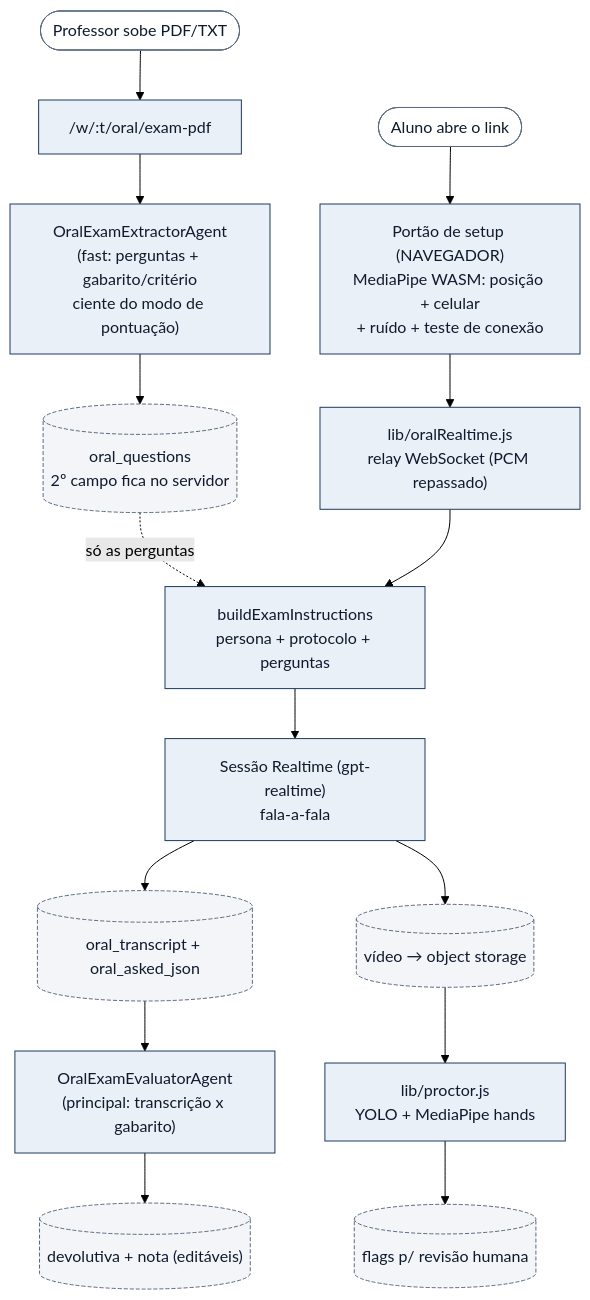
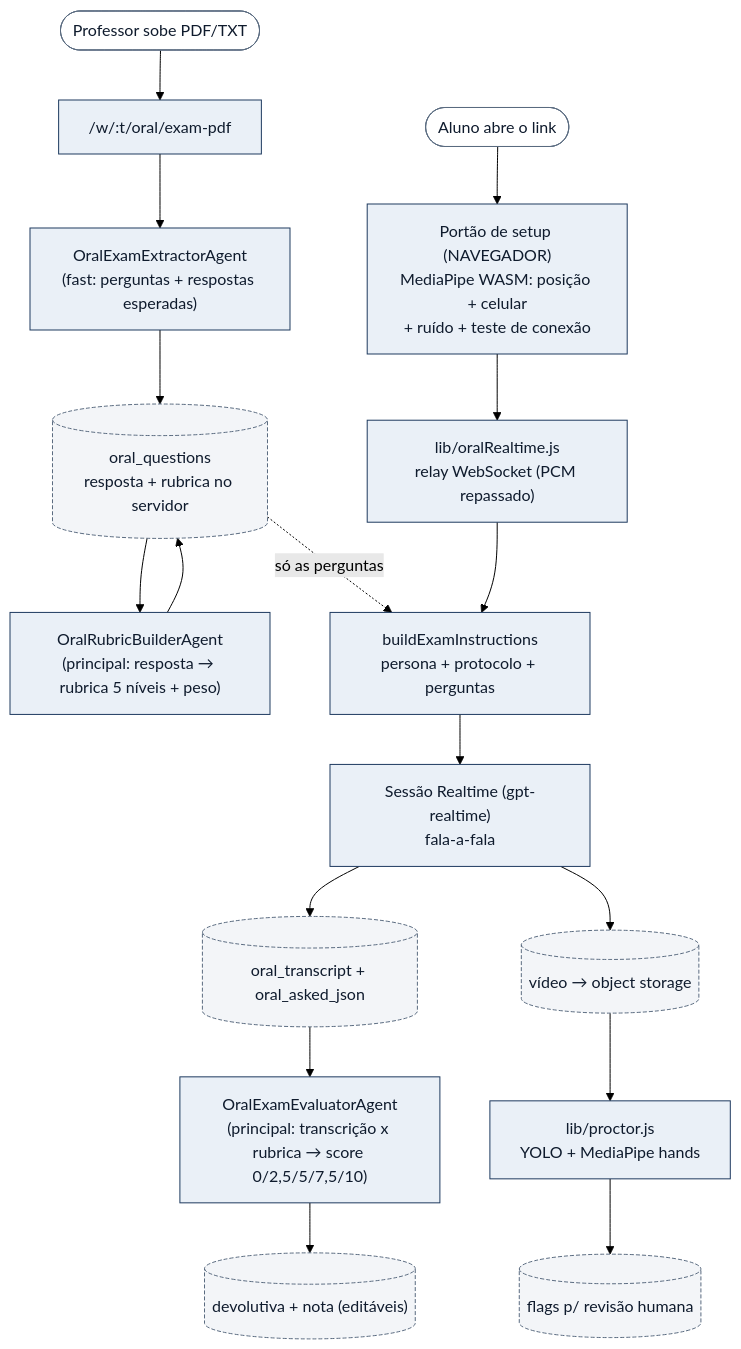
The fourth of 4 diagrams in docs/architecture.md (gladsjr/super-ta), drawn with Mermaid (forest theme) before and after one commit. The commit also changed other lines of this file and 9 other files, not shown here.

````diff
--- a/docs/architecture.md
+++ b/docs/architecture.md
@@ -268,37 +269,40 @@
 ```mermaid
 flowchart TD
-  %% PROFESSOR: sobe a prova → extrai perguntas + 2º campo (ciente do modo).
+  %% PROFESSOR: sobe a prova → extrai perguntas + respostas → gera rubricas.
   ExamUp([Professor sobe PDF/TXT]) --> ExamPdf["/w/:t/oral/exam-pdf"]
-  ExamPdf --> Extractor["OralExamExtractorAgent<br/>(fast: perguntas + gabarito/critério<br/>ciente do modo de pontuação)"]
-  Extractor --> Questions[("oral_questions<br/>2º campo fica no servidor")]
+  ExamPdf --> Extractor["OralExamExtractorAgent<br/>(fast: perguntas + respostas esperadas)"]
+  Extractor --> Questions[("oral_questions<br/>resposta + rubrica no servidor")]
+  Questions --> RubricGen["OralRubricBuilderAgent<br/>(principal: resposta → rubrica 5 níveis + peso)"]
+  RubricGen --> Questions
 
   %% ALUNO: consentimento → portão no NAVEGADOR → relay Realtime.
   StuStart([Aluno abre o link]) --> Setup["Portão de setup (NAVEGADOR)<br/>MediaPipe WASM: posição + celular<br/>+ ruído + teste de conexão"]
   Setup --> Relay["lib/oralRealtime.js<br/>relay WebSocket (PCM repassado)"]
   Questions -.->|"só as perguntas"| BuildInstr
   Relay --> BuildInstr["buildExamInstructions<br/>persona + protocolo + perguntas"]
   BuildInstr --> RT["Sessão Realtime (gpt-realtime)<br/>fala-a-fala"]
   RT --> Transcript[("oral_transcript + oral_asked_json")]
   RT --> Video[("vídeo → object storage")]
 
   %% PÓS-PROVA: avaliação + proctoring (lote, com streaming NDJSON).
-  Transcript --> Evaluator["OralExamEvaluatorAgent<br/>(principal: transcrição x gabarito)"]
+  Transcript --> Evaluator["OralExamEvaluatorAgent<br/>(principal: transcrição x rubrica → score 0/2,5/5/7,5/10)"]
   Evaluator --> Devol[("devolutiva + nota (editáveis)")]
   Video --> Proctor["lib/proctor.js<br/>YOLO + MediaPipe hands"]
   Proctor --> Flags[("flags p/ revisão humana")]
 
   classDef agent fill:#eaf0f7,stroke:#1e3a5f,color:#0f1b2d;
   classDef state fill:#f3f5f8,stroke:#5a6b80,color:#0f1b2d,stroke-dasharray: 4 2;
   classDef entry fill:#ffffff,stroke:#5a6b80,color:#0f1b2d;
-  class ExamPdf,Extractor,Setup,Relay,BuildInstr,RT,Evaluator,Proctor agent
+  class ExamPdf,Extractor,RubricGen,Setup,Relay,BuildInstr,RT,Evaluator,Proctor agent
   class Questions,Transcript,Video,Devol,Flags state
   class ExamUp,StuStart entry
 
   click ExamPdf "vscode://file/c:/Users/glads/src/super-ta/routes/oralExam.js" "Handler /oral/exam-pdf (PDF ou TXT)"
-  click Extractor "vscode://file/c:/Users/glads/src/super-ta/agents/OralExamExtractorAgent.js:36" "sysFor(mode) do OralExamExtractorAgent"
+  click Extractor "vscode://file/c:/Users/glads/src/super-ta/agents/OralExamExtractorAgent.js" "SYS do OralExamExtractorAgent"
+  click RubricGen "vscode://file/c:/Users/glads/src/super-ta/agents/OralRubricBuilderAgent.js" "systemPromptBody do OralRubricBuilderAgent"
   click Relay "vscode://file/c:/Users/glads/src/super-ta/lib/oralRealtime.js" "attachOralRelay (relay WebSocket)"
   click BuildInstr "vscode://file/c:/Users/glads/src/super-ta/lib/oralRealtime.js" "buildExamInstructions"
   click RT "vscode://file/c:/Users/glads/src/super-ta/lib/oralRealtime.js" "Sessão Realtime"
-  click Evaluator "vscode://file/c:/Users/glads/src/super-ta/agents/OralExamEvaluatorAgent.js:45" "sysFor(mode) do OralExamEvaluatorAgent"
+  click Evaluator "vscode://file/c:/Users/glads/src/super-ta/agents/OralExamEvaluatorAgent.js" "SYS do OralExamEvaluatorAgent"
   click Proctor "vscode://file/c:/Users/glads/src/super-ta/lib/proctor.js" "analyzeOralVideo (proctoring de vídeo)"
 ```
````
